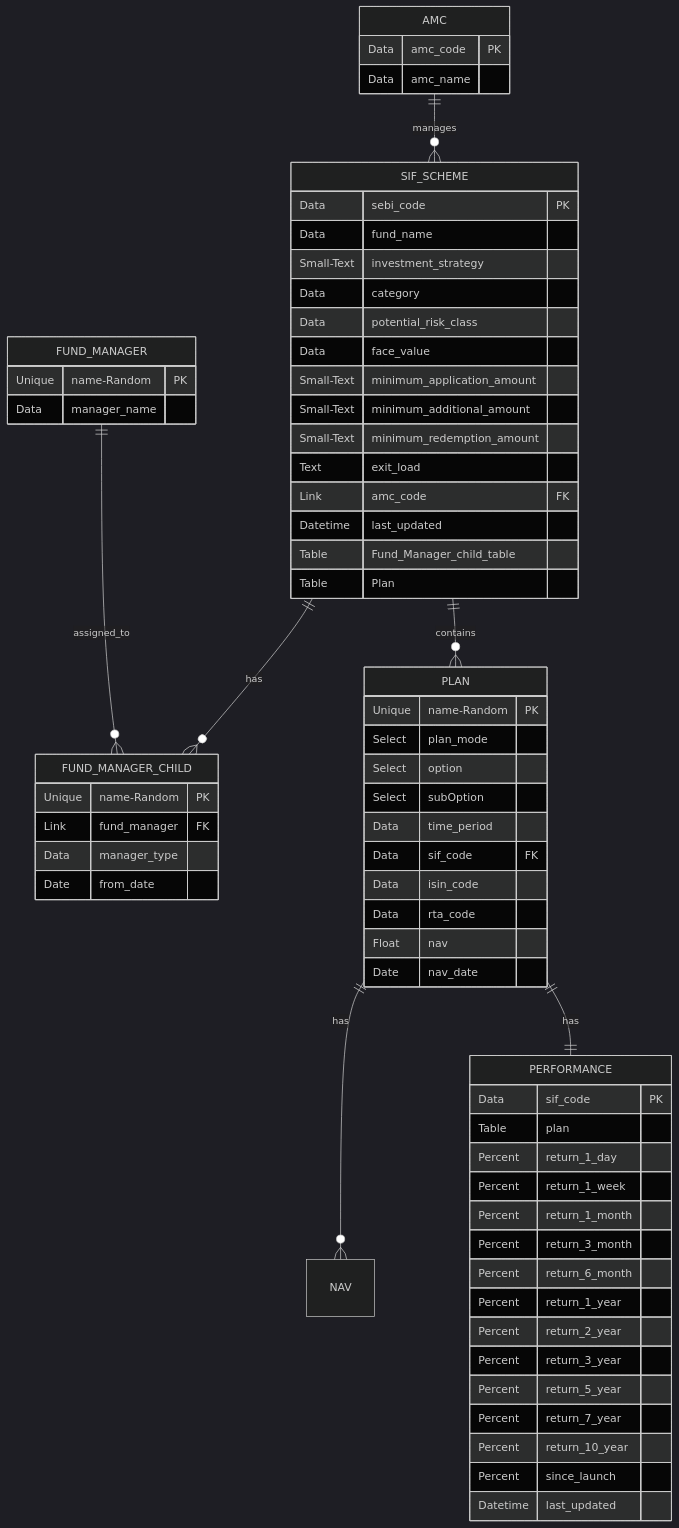
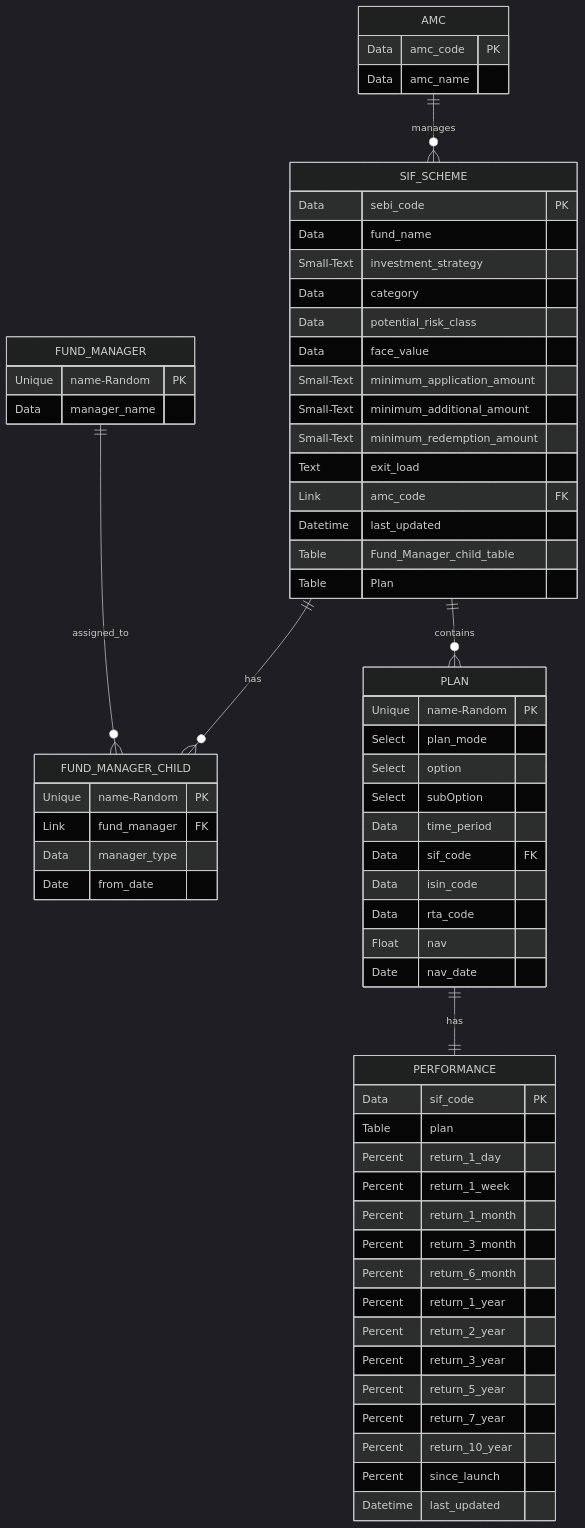
Before and after one commit to Satyam4755/My_SIF: the diagram in sif_app/DOCTYPE architecture ER diagram.md, drawn with Mermaid (dark theme).

Commit message:
updated ER Diagram for better structure, V-3.0.1

```diff
--- a/sif_app/DOCTYPE architecture ER diagram.md
+++ b/sif_app/DOCTYPE architecture ER diagram.md
@@ -9,7 +9,6 @@
     FUND_MANAGER ||--o{ FUND_MANAGER_CHILD : assigned_to
 
     SIF_SCHEME ||--o{ PLAN : contains
-    PLAN ||--o{ NAV : has
     PLAN ||--|| PERFORMANCE : has
 
 
```
